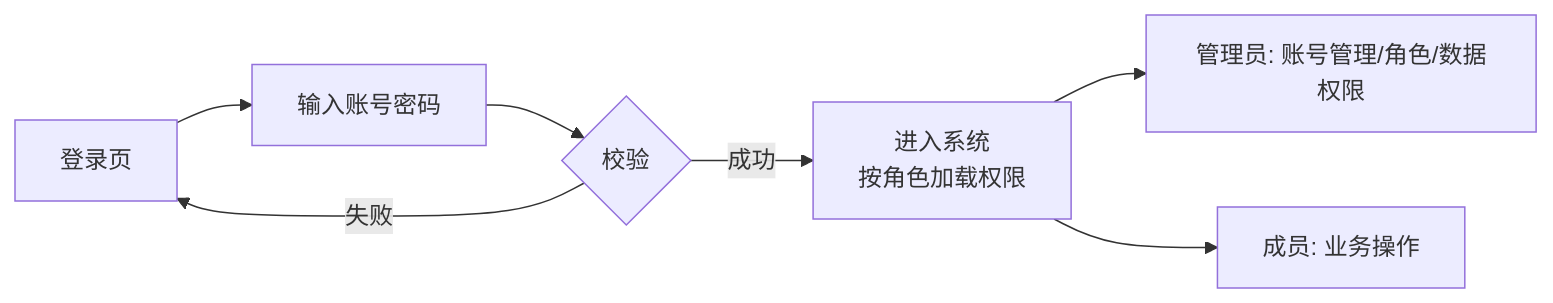
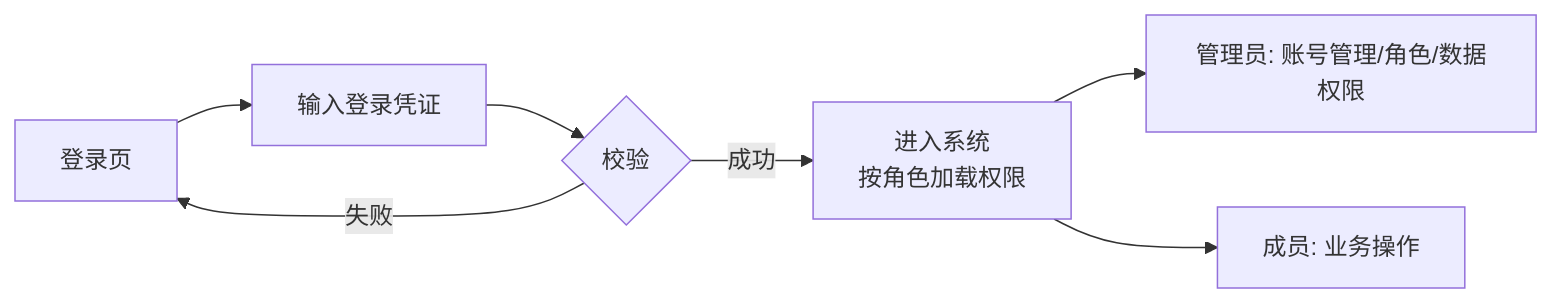
One commit to lophyJessica/forge-scrm changed the first of 2 diagrams in prd-docs/modules/05-权限与账号PRD.md. Above: the diagram before and after it, drawn with Mermaid. The commit also changed other lines of this file and 18 other files, not shown here.

Commit message:
docs: 修复审计27项(P0x9/P1x13/P2x5)——口径统一/审核入口/一期权限/Schema对齐

````diff
--- a/prd-docs/modules/05-权限与账号PRD.md
+++ b/prd-docs/modules/05-权限与账号PRD.md
@@ -26,9 +26,9 @@
 ```mermaid
 flowchart LR
-    A[登录页] --> B[输入账号密码]
+    A[登录页] --> B[输入登录凭证]
     B --> C{校验}
     C -->|成功| D[进入系统<br/>按角色加载权限]
     C -->|失败| A
     D --> E[管理员: 账号管理/角色/数据权限]
     D --> F[成员: 业务操作]
 ```
````
